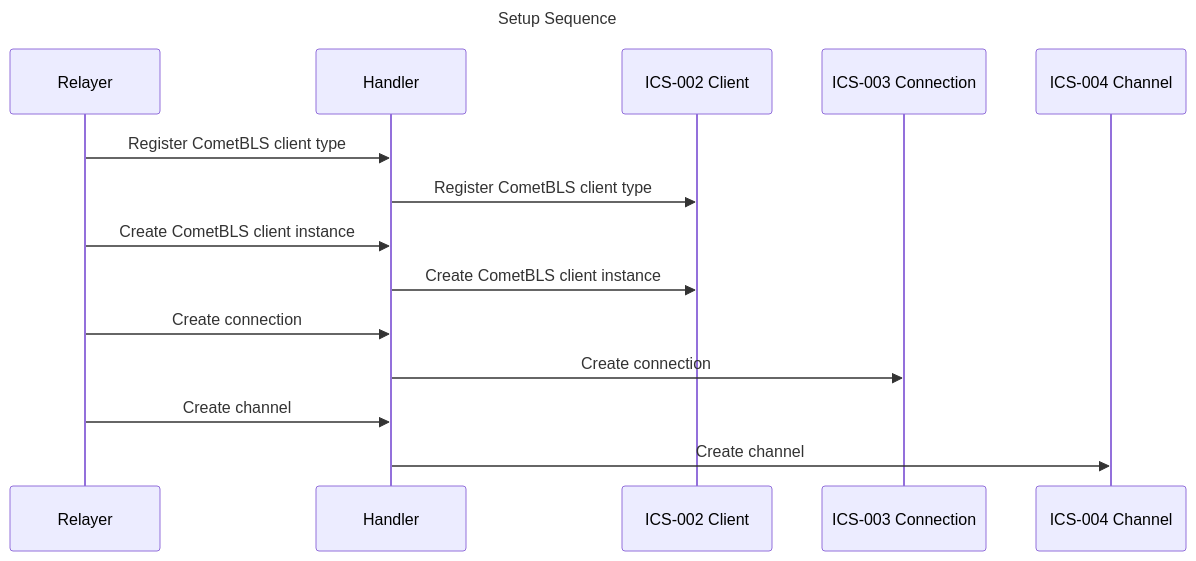
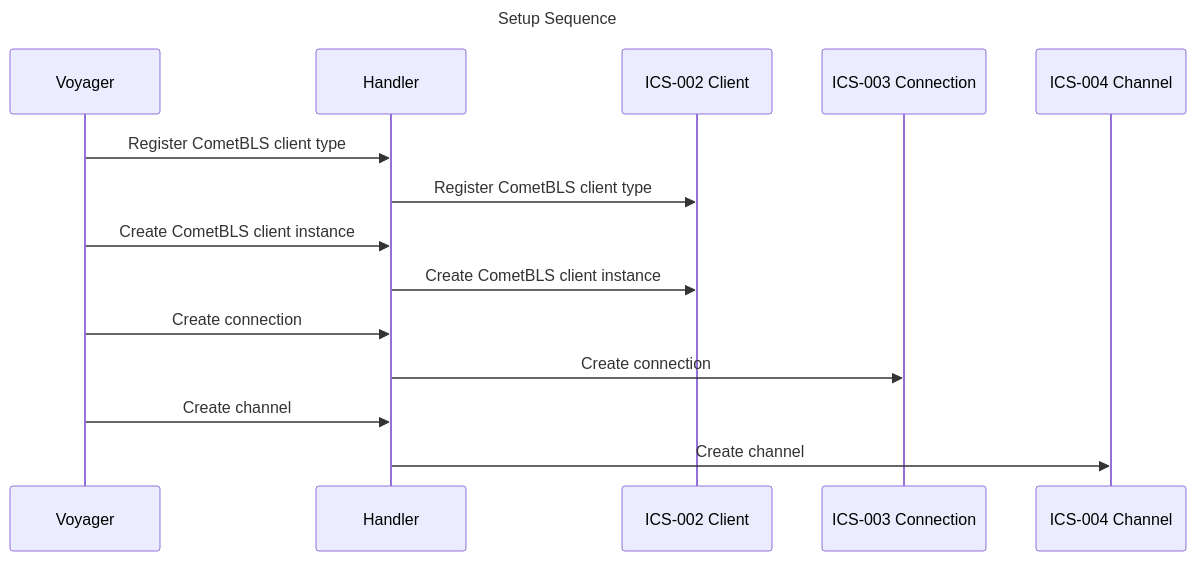
One commit to unionlabs/union changed the second of 2 diagrams in evm/ARCHITECTURE.md. Above: the diagram before and after it, drawn with Mermaid. The commit also changed other lines of this file and 24 other files, not shown here.

Commit message:
feat!: rename relayer to voyager

````diff
--- a/evm/ARCHITECTURE.md
+++ b/evm/ARCHITECTURE.md
@@ -28,17 +28,17 @@
 ```mermaid
 ---
 title: Setup Sequence
 ---
 sequenceDiagram
-    Relayer->>Handler: Register CometBLS client type
+    Voyager->>Handler: Register CometBLS client type
     Handler->>ICS-002 Client: Register CometBLS client type
-    Relayer->>Handler: Create CometBLS client instance
+    Voyager->>Handler: Create CometBLS client instance
     Handler->>ICS-002 Client: Create CometBLS client instance
 
-    Relayer->>Handler: Create connection
+    Voyager->>Handler: Create connection
     Handler->>ICS-003 Connection: Create connection
 
-    Relayer->>Handler: Create channel
+    Voyager->>Handler: Create channel
     Handler->>ICS-004 Channel: Create channel
 
 ```
````
